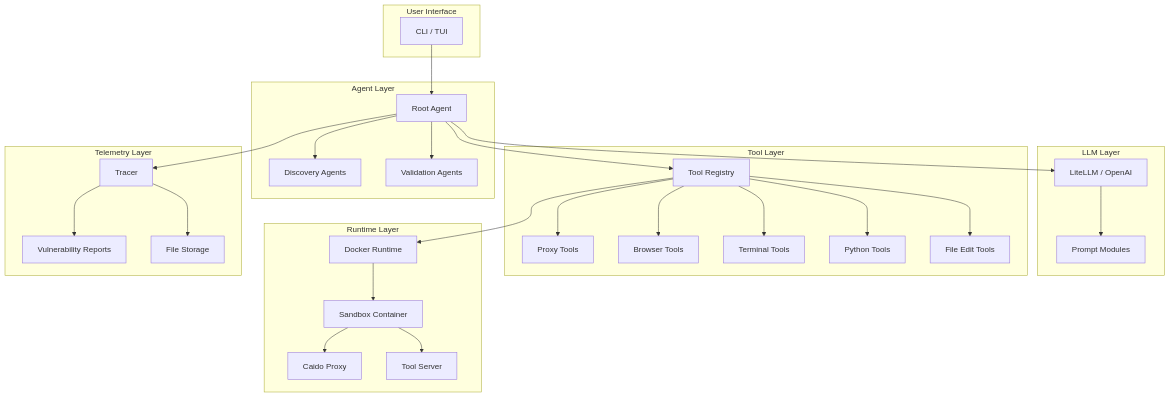
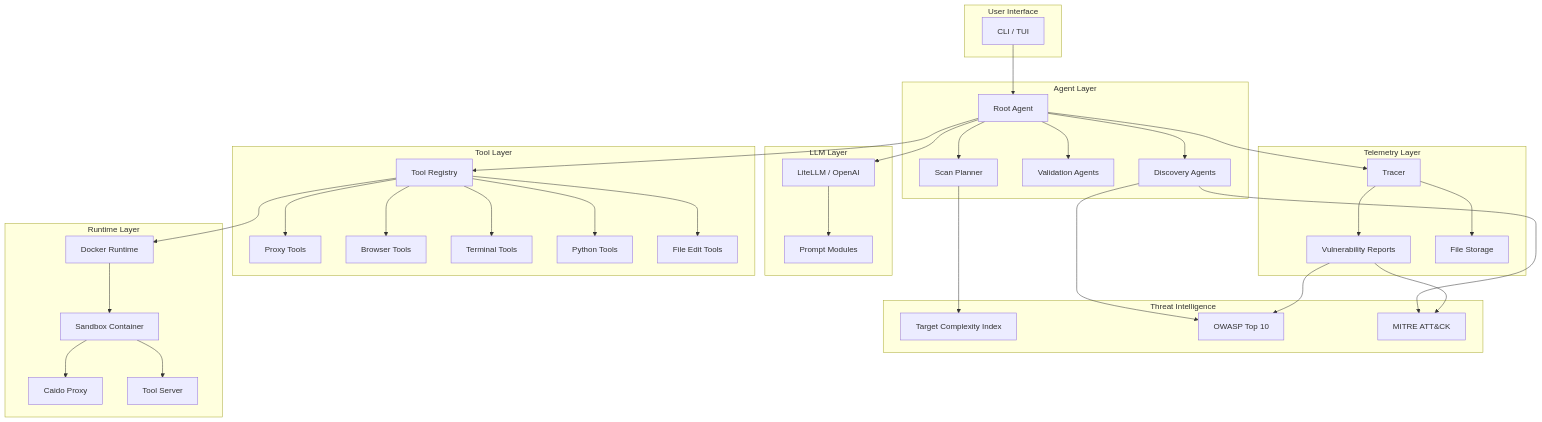
One commit to L0veHeather/strix changed the diagram in docs/logic/README.md. Above: the diagram before and after it, drawn with Mermaid. The commit also changed other lines of this file and 3 other files, not shown here.

First line of the commit message:
docs: add sequence diagrams for OWASP, TCI, and MITRE ATT&CK features

````diff
--- a/docs/logic/README.md
+++ b/docs/logic/README.md
@@ -41,53 +49,66 @@
 ```mermaid
 flowchart TB
     subgraph User Interface
         CLI[CLI / TUI]
     end
 
     subgraph Agent Layer
         Root[Root Agent]
         Discovery[Discovery Agents]
         Validation[Validation Agents]
+        Planner[Scan Planner]
         Root --> Discovery
         Root --> Validation
+        Root --> Planner
     end
 
     subgraph LLM Layer
         LLM[LiteLLM / OpenAI]
         Prompts[Prompt Modules]
+    end
+
+    subgraph Threat Intelligence
+        TCI[Target Complexity Index]
+        OWASP[OWASP Top 10]
+        MITRE[MITRE ATT&CK]
+        Planner --> TCI
+        Discovery --> OWASP
+        Discovery --> MITRE
     end
 
     subgraph Tool Layer
         Tools[Tool Registry]
         Proxy[Proxy Tools]
         Browser[Browser Tools]
         Terminal[Terminal Tools]
         Python[Python Tools]
         FileEdit[File Edit Tools]
     end
 
     subgraph Runtime Layer
         Docker[Docker Runtime]
         Sandbox[Sandbox Container]
         Caido[Caido Proxy]
         ToolServer[Tool Server]
     end
 
     subgraph Telemetry Layer
         Tracer[Tracer]
         Reports[Vulnerability Reports]
         Storage[File Storage]
     end
 
     CLI --> Root
     Root --> LLM
     LLM --> Prompts
     Root --> Tools
     Tools --> Proxy & Browser & Terminal & Python & FileEdit
     Tools --> Docker
     Docker --> Sandbox
     Sandbox --> Caido & ToolServer
     Root --> Tracer
     Tracer --> Reports
     Tracer --> Storage
+    Reports --> OWASP
+    Reports --> MITRE
 ```
````
